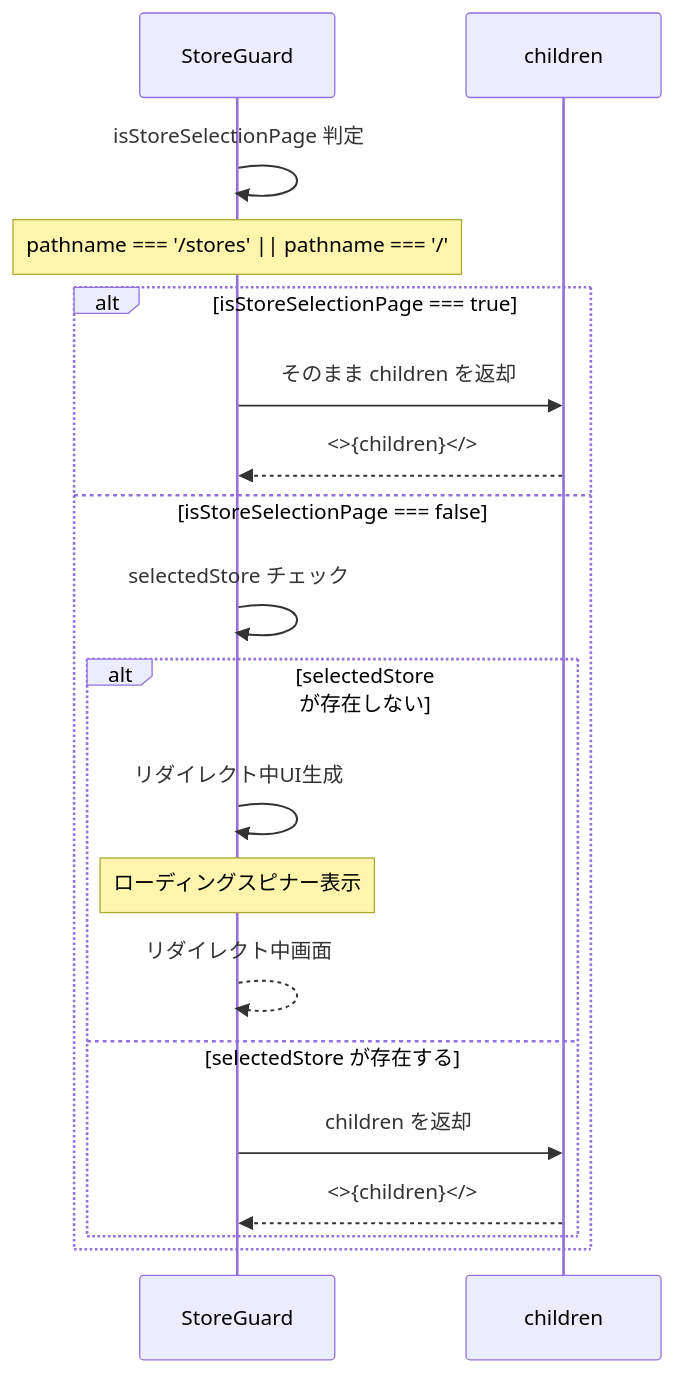
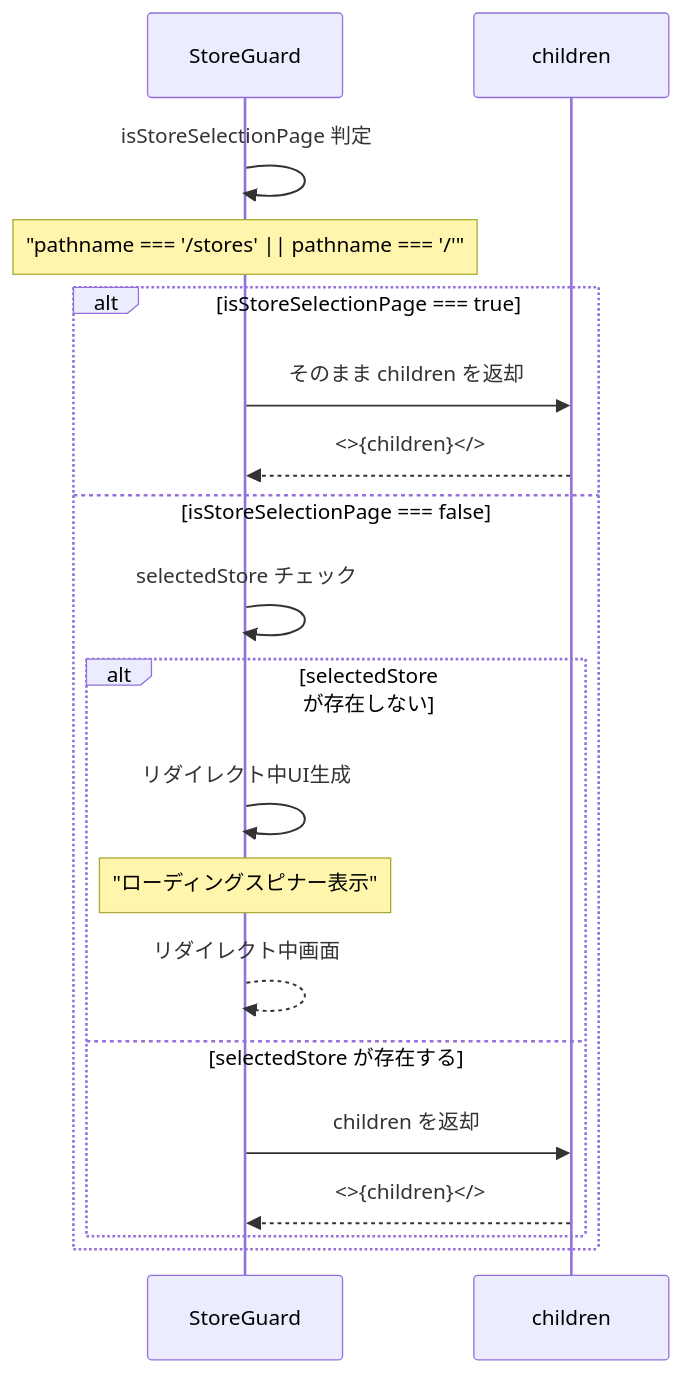
Before and after one commit to wasabi49/ocs-systemDevelopmentExercises: the second of 7 diagrams in document/components/sequence/StoreGuard.md, drawn with Mermaid. The commit also changed other lines of this file and 42 other files, not shown here.

First line of the commit message:
fix: mermaidシーケンス図のNote over文でダブルクォーテーション不足を修正

````diff
--- a/document/components/sequence/StoreGuard.md
+++ b/document/components/sequence/StoreGuard.md
@@ -27,24 +27,24 @@
 ```mermaid
 sequenceDiagram
     participant Guard as StoreGuard
     participant Children as children
 
     Guard->>Guard: isStoreSelectionPage 判定
-    Note over Guard: pathname === '/stores' || pathname === '/'
+    Note over Guard: "pathname === '/stores' || pathname === '/'"
     
     alt isStoreSelectionPage === true
         Guard->>Children: そのまま children を返却
         Children-->>Guard: <>{children}</>
     else isStoreSelectionPage === false
         Guard->>Guard: selectedStore チェック
         
         alt selectedStore が存在しない
             Guard->>Guard: リダイレクト中UI生成
-            Note over Guard: ローディングスピナー表示
+            Note over Guard: "ローディングスピナー表示"
             Guard-->>Guard: リダイレクト中画面
         else selectedStore が存在する
             Guard->>Children: children を返却
             Children-->>Guard: <>{children}</>
         end
     end
 ```
````
